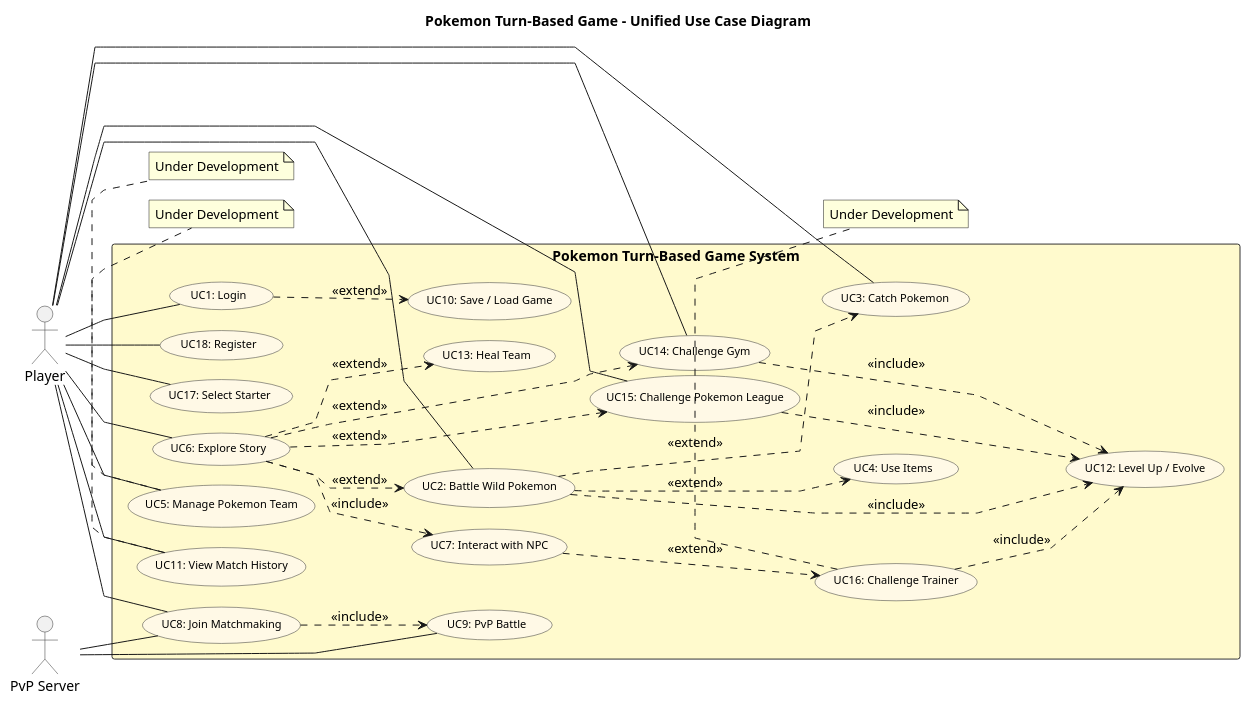
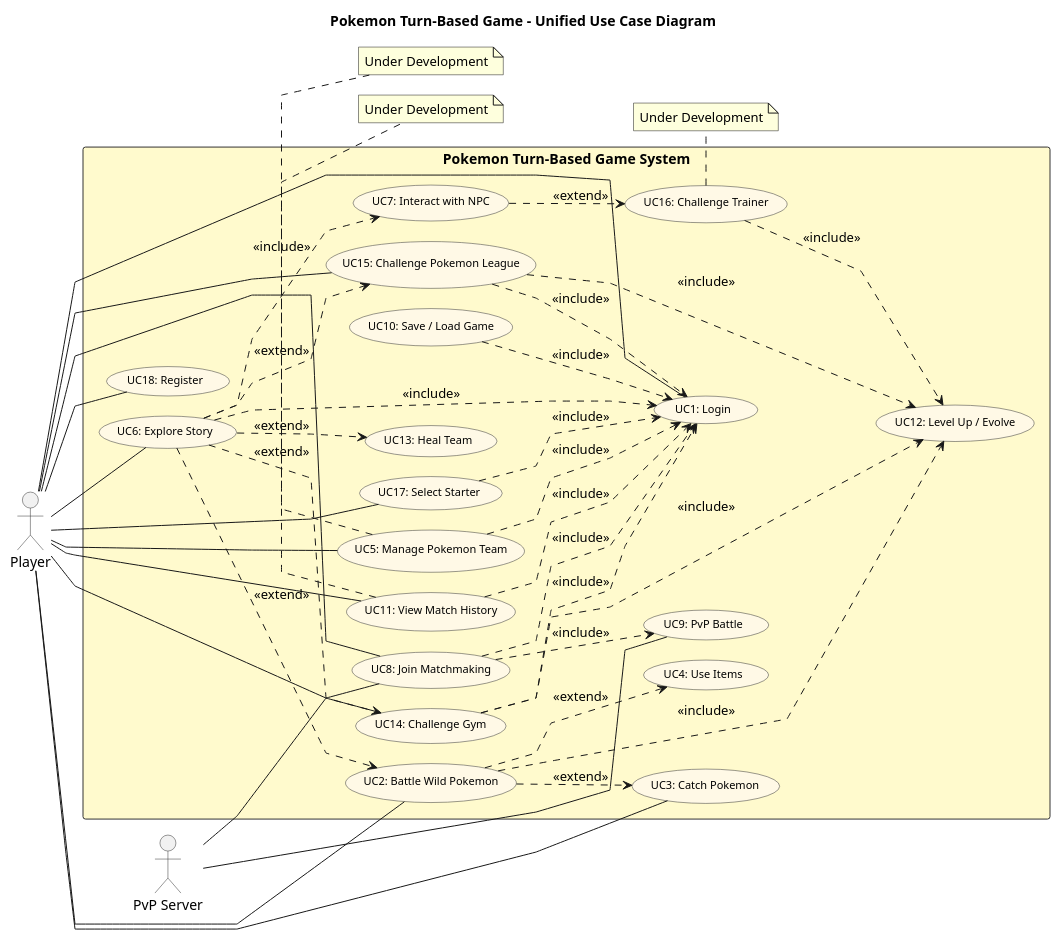
The diagram in TurnBasedPokemon/Diagram/UnifiedUseCases/UC_Overview.puml (devKasumi/PokemonConsole), drawn with PlantUML before and after one commit. The commit also changed 14 other files, not shown here.

Commit message:
update diagrams

```diff
--- a/TurnBasedPokemon/Diagram/UnifiedUseCases/UC_Overview.puml
+++ b/TurnBasedPokemon/Diagram/UnifiedUseCases/UC_Overview.puml
@@ -1,96 +1,106 @@
 @startuml UC_Overview
 left to right direction
 skinparam linetype polyline
 
 skinparam usecase {
   BackgroundColor #FFF9E6
   BorderColor #333333
   FontSize 11
 }
 skinparam rectangle {
   BackgroundColor #FFFACD
   BorderColor #333333
 }
 skinparam actor {
   BorderColor #333333
 }
 skinparam nodesep 20
 skinparam ranksep 30
 
 title Pokemon Turn-Based Game - Unified Use Case Diagram
 
 ' ===== ACTORS =====
 actor "Player" as Player
 actor "PvP Server" as Server
 
 ' ===== SYSTEM BOUNDARY =====
 rectangle "Pokemon Turn-Based Game System" {
 
   ' --- Row 1: Auth ---
   (UC1: Login) as UC1
   (UC18: Register) as UC18
   (UC10: Save / Load Game) as UC10
 
   ' --- Row 2: Story ---
   (UC17: Select Starter) as UC17
   (UC6: Explore Story) as UC6
   (UC7: Interact with NPC) as UC7
 
   ' --- Row 3: Battle PvE ---
   (UC2: Battle Wild Pokemon) as UC2
   (UC14: Challenge Gym) as UC14
   (UC15: Challenge Pokemon League) as UC15
   (UC16: Challenge Trainer) as UC16
 
   ' --- Row 4: Team ---
   (UC3: Catch Pokemon) as UC3
   (UC4: Use Items) as UC4
   (UC5: Manage Pokemon Team) as UC5
   (UC12: Level Up / Evolve) as UC12
   (UC13: Heal Team) as UC13
 
   ' --- Row 5: PvP ---
   (UC8: Join Matchmaking) as UC8
   (UC9: PvP Battle) as UC9
   (UC11: View Match History) as UC11
 }
 
 ' ===== PLAYER ASSOCIATIONS =====
 Player -- UC1
 Player -- UC18
 Player -- UC6
 Player -- UC17
 Player -- UC2
 Player -- UC14
 Player -- UC15
 Player -- UC3
 Player -- UC5
 Player -- UC8
 Player -- UC11
 
 ' ===== SERVER ASSOCIATIONS =====
 Server -- UC8
 Server -- UC9
 
 ' ===== INCLUDE / EXTEND =====
-UC1 ..> UC10 : <<extend>>
+' --- Login is required (included) by major features ---
+UC6 ..> UC1 : <<include>>
+UC8 ..> UC1 : <<include>>
+UC5 ..> UC1 : <<include>>
+UC10 ..> UC1 : <<include>>
+UC17 ..> UC1 : <<include>>
+UC14 ..> UC1 : <<include>>
+UC15 ..> UC1 : <<include>>
+UC11 ..> UC1 : <<include>>
+
+' --- Other relationships ---
 UC6 ..> UC7 : <<include>>
 UC6 ..> UC2 : <<extend>>
 UC6 ..> UC14 : <<extend>>
 UC6 ..> UC15 : <<extend>>
 UC6 ..> UC13 : <<extend>>
 UC7 ..> UC16 : <<extend>>
 UC2 ..> UC3 : <<extend>>
 UC2 ..> UC4 : <<extend>>
 UC2 ..> UC12 : <<include>>
 UC14 ..> UC12 : <<include>>
 UC15 ..> UC12 : <<include>>
 UC16 ..> UC12 : <<include>>
 UC8 ..> UC9 : <<include>>
 
 ' ===== NOTES =====
 note bottom of UC5 : Under Development
 note bottom of UC11 : Under Development
 note bottom of UC16 : Under Development
 
 @enduml
```
